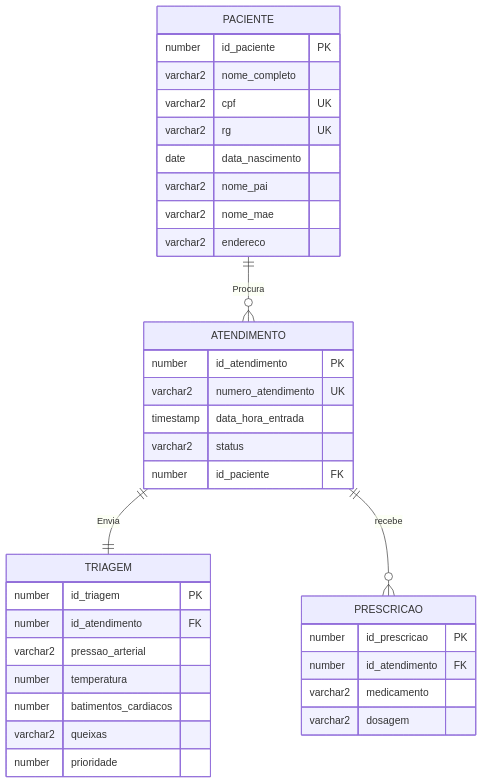
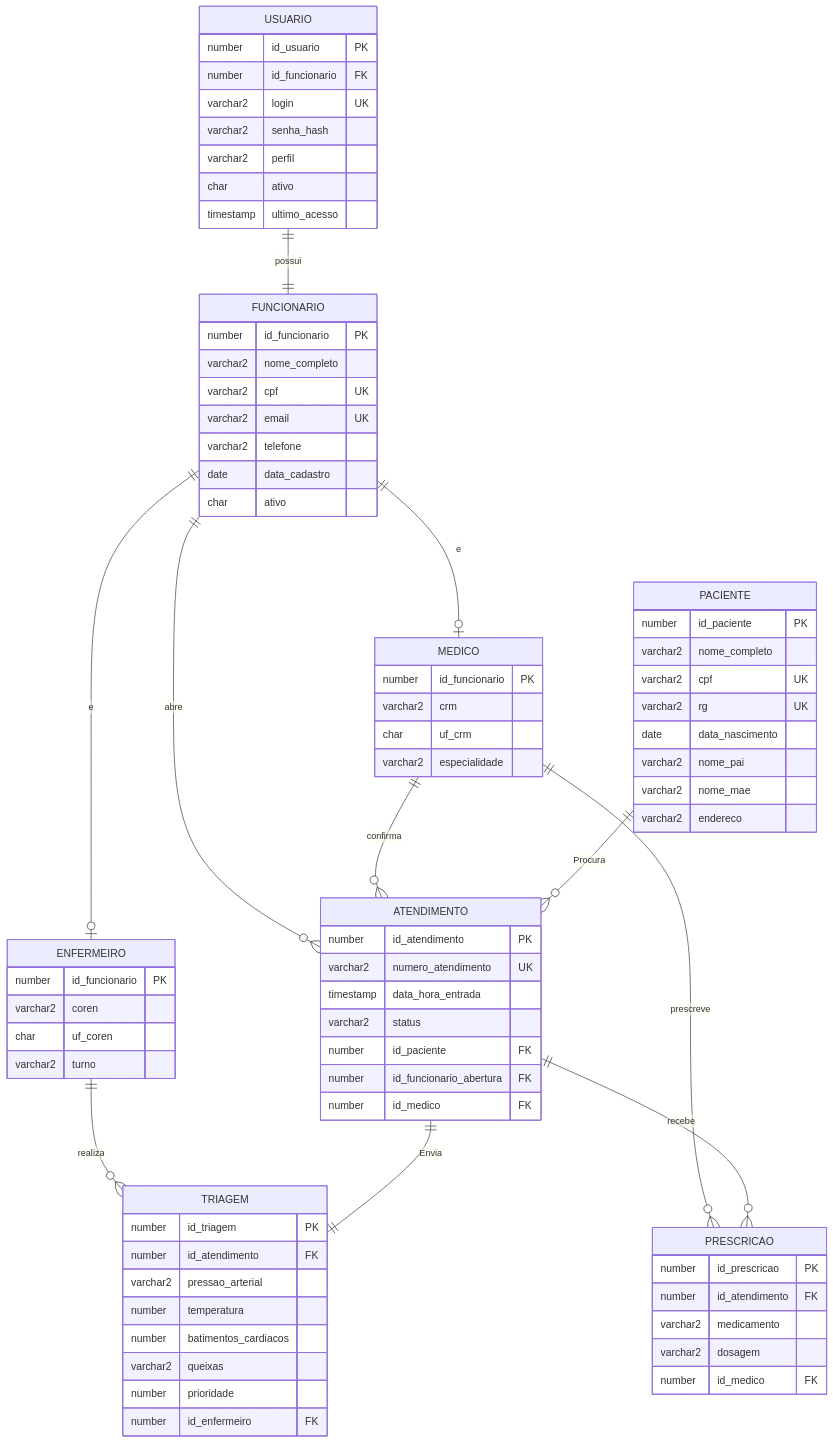
Before and after one commit to OtavioFelix-in/Projeto-Integrador2: the diagram in README.md, drawn with Mermaid. The commit also changed other lines of this file and 2 other files, not shown here.

Commit message:
Adiciona cadastro de funcionários, médicos, enfermeiros e login ao modelo
Novas tabelas funcionario, usuario, medico e enfermeiro, com rastreabilidade em atendimento, triagem e prescricao. Atualiza banco.md, mermaid do README e Modelo.png.

````diff
--- a/README.md
+++ b/README.md
@@ -21,8 +21,49 @@
 ```mermaid
 erDiagram
+    USUARIO ||--|| FUNCIONARIO : possui
+    FUNCIONARIO ||--o| MEDICO : e
+    FUNCIONARIO ||--o| ENFERMEIRO : e
+    FUNCIONARIO ||--o{ ATENDIMENTO : abre
+    MEDICO ||--o{ ATENDIMENTO : confirma
+    MEDICO ||--o{ PRESCRICAO : prescreve
+    ENFERMEIRO ||--o{ TRIAGEM : realiza
     PACIENTE ||--o{ ATENDIMENTO : Procura
     ATENDIMENTO ||--|| TRIAGEM : Envia
     ATENDIMENTO ||--o{ PRESCRICAO : recebe
+
+    FUNCIONARIO {
+        number id_funcionario PK
+        varchar2 nome_completo
+        varchar2 cpf UK
+        varchar2 email UK
+        varchar2 telefone
+        date data_cadastro
+        char ativo
+    }
+
+    USUARIO {
+        number id_usuario PK
+        number id_funcionario FK
+        varchar2 login UK
+        varchar2 senha_hash
+        varchar2 perfil
+        char ativo
+        timestamp ultimo_acesso
+    }
+
+    MEDICO {
+        number id_funcionario PK
+        varchar2 crm
+        char uf_crm
+        varchar2 especialidade
+    }
+
+    ENFERMEIRO {
+        number id_funcionario PK
+        varchar2 coren
+        char uf_coren
+        varchar2 turno
+    }
 
     PACIENTE {
         number id_paciente PK
@@ -41,6 +82,8 @@
         timestamp data_hora_entrada
         varchar2 status
         number id_paciente FK
+        number id_funcionario_abertura FK
+        number id_medico FK
     }
 
     TRIAGEM {
@@ -51,6 +94,7 @@
         number batimentos_cardiacos
         varchar2 queixas
         number prioridade
+        number id_enfermeiro FK
     }
 
     PRESCRICAO {
@@ -58,5 +102,6 @@
         number id_atendimento FK
         varchar2 medicamento
         varchar2 dosagem
+        number id_medico FK
     }
 ```
````
